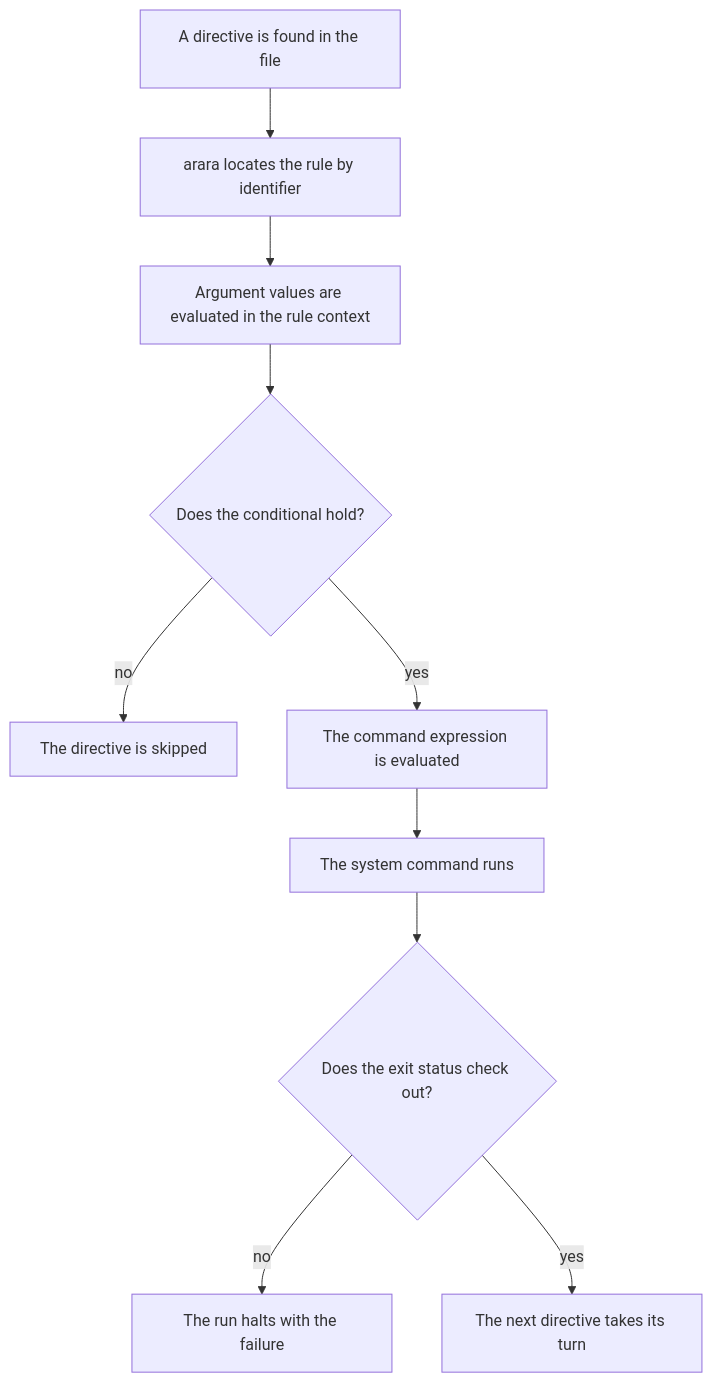
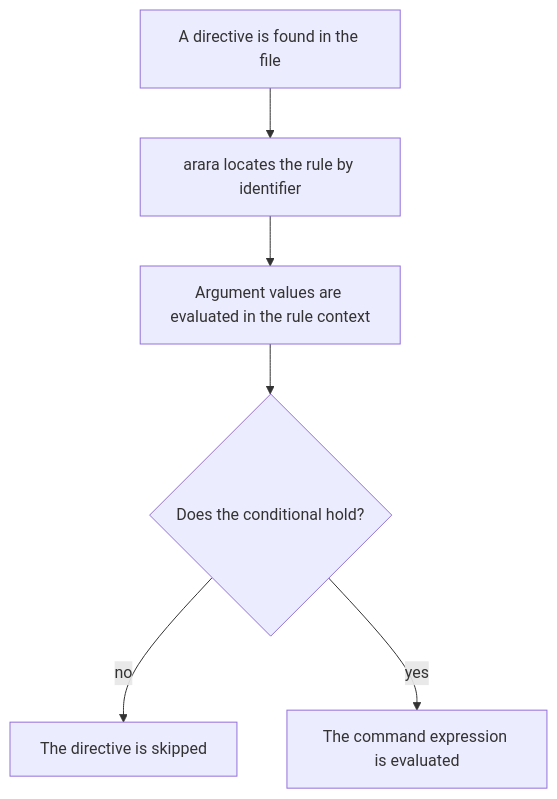
The first of 2 diagrams in docs/Concepts.md (islandoftex/arara), drawn with Mermaid before and after one commit. The commit also changed other lines of this file and 6 other files, not shown here.

Commit message:
The directive journey folds at the conditional: the tall flowchart splits in two, and every figure fits the page

````diff
--- a/docs/Concepts.md
+++ b/docs/Concepts.md
@@ -133,12 +134,8 @@
 ```mermaid
 flowchart TD
   found["A directive is found in the file"] --> rule["arara locates the rule by identifier"]
   rule --> args["Argument values are evaluated in the rule context"]
   args --> cond{"Does the conditional hold?"}
   cond -- "no" --> skip["The directive is skipped"]
   cond -- "yes" --> eval["The command expression is evaluated"]
-  eval --> run["The system command runs"]
-  run --> status{"Does the exit status check out?"}
-  status -- "no" --> halt["The run halts with the failure"]
-  status -- "yes" --> next["The next directive takes its turn"]
 ```
````
